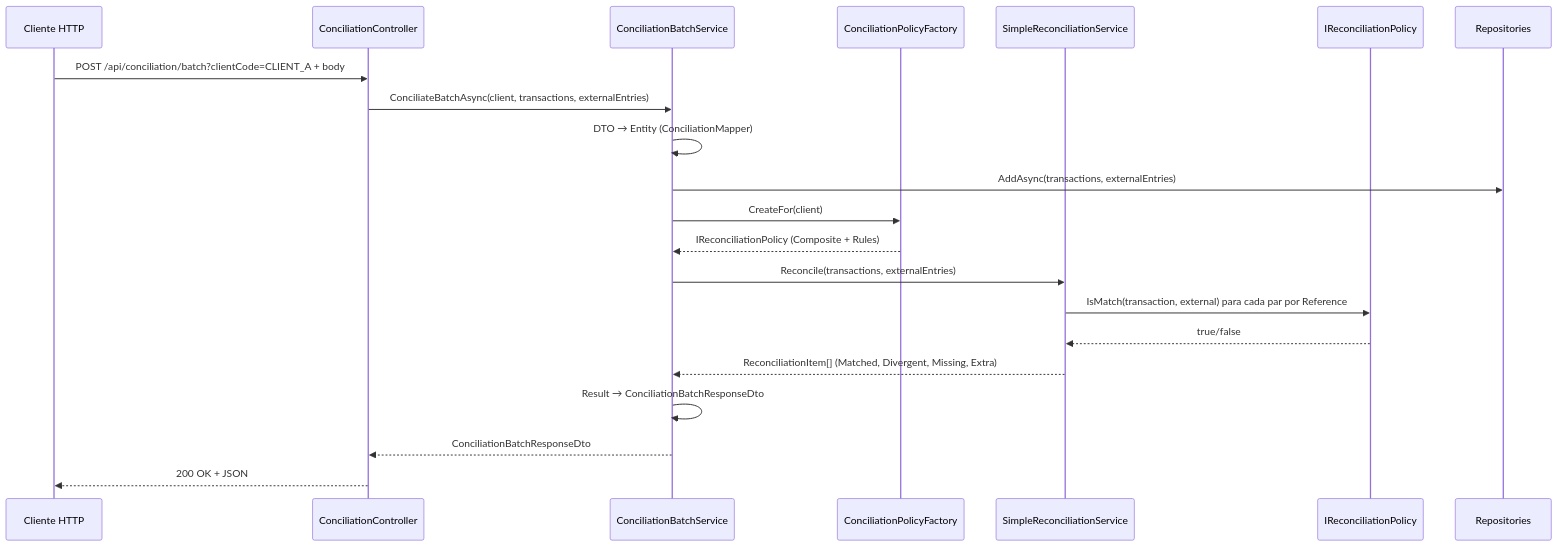
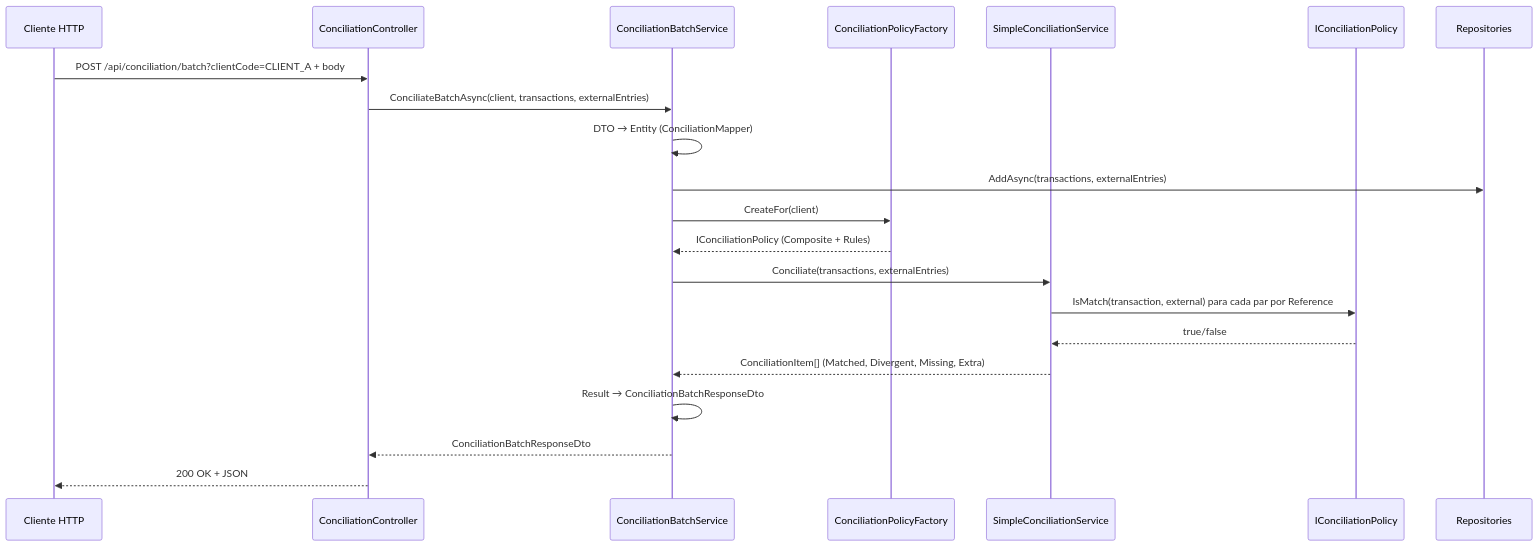
The first of 3 diagrams in docs/ARQUITETURA-E-FLUXO-CONCILIACAO.md (awernek/Conciliacao), drawn with Mermaid before and after one commit. The commit also changed other lines of this file and 22 other files, not shown here.

````diff
--- a/docs/ARQUITETURA-E-FLUXO-CONCILIACAO.md
+++ b/docs/ARQUITETURA-E-FLUXO-CONCILIACAO.md
@@ -284,24 +284,24 @@
 ```mermaid
 sequenceDiagram
     participant C as Cliente HTTP
     participant API as ConciliationController
     participant App as ConciliationBatchService
     participant Fac as ConciliationPolicyFactory
-    participant Batch as SimpleReconciliationService
-    participant Pol as IReconciliationPolicy
+    participant Batch as SimpleConciliationService
+    participant Pol as IConciliationPolicy
     participant Repo as Repositories
 
     C->>API: POST /api/conciliation/batch?clientCode=CLIENT_A + body
     API->>App: ConciliateBatchAsync(client, transactions, externalEntries)
     App->>App: DTO → Entity (ConciliationMapper)
     App->>Repo: AddAsync(transactions, externalEntries)
     App->>Fac: CreateFor(client)
-    Fac-->>App: IReconciliationPolicy (Composite + Rules)
-    App->>Batch: Reconcile(transactions, externalEntries)
+    Fac-->>App: IConciliationPolicy (Composite + Rules)
+    App->>Batch: Conciliate(transactions, externalEntries)
     Batch->>Pol: IsMatch(transaction, external) para cada par por Reference
     Pol-->>Batch: true/false
-    Batch-->>App: ReconciliationItem[] (Matched, Divergent, Missing, Extra)
+    Batch-->>App: ConciliationItem[] (Matched, Divergent, Missing, Extra)
     App->>App: Result → ConciliationBatchResponseDto
     App-->>API: ConciliationBatchResponseDto
     API-->>C: 200 OK + JSON
 ```
````
